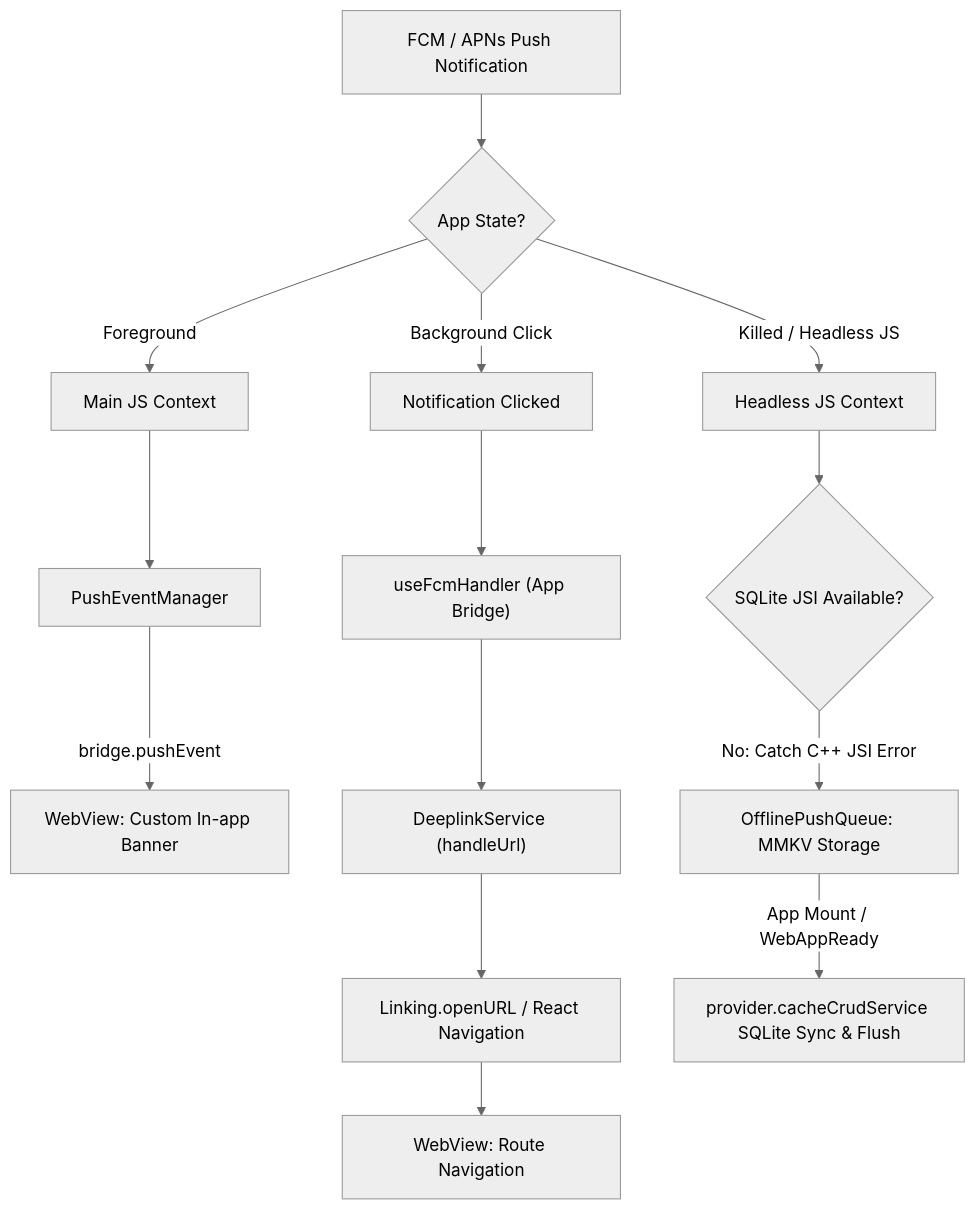
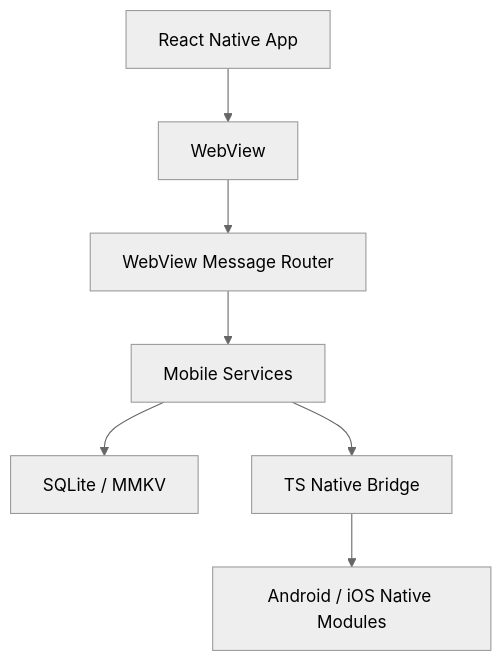
Before and after one commit to lemoncloud-io/dou-app: the diagram in apps/mobile/README.md, drawn with Mermaid (neutral theme). The commit also changed other lines of this file and 14 other files, not shown here.

````diff
--- a/apps/mobile/README.md
+++ b/apps/mobile/README.md
@@ -18,19 +31,9 @@
 ```mermaid
-graph TD
-    A["FCM / APNs Push Notification"] --> B{"App State?"}
-
-    B -->|Foreground| C["Main JS Context"]
-    C --> D["PushEventManager"]
-    D -->|bridge.pushEvent| E["WebView: Custom In-app Banner"]
-
-    B -->|Background Click| F["Notification Clicked"]
-    F --> G["useFcmHandler (App Bridge)"]
-    G --> H["DeeplinkService (handleUrl)"]
-    H --> I["Linking.openURL / React Navigation"]
-    I --> J["WebView: Route Navigation"]
-
-    B -->|Killed / Headless JS| K["Headless JS Context"]
-    K --> L{"SQLite JSI Available?"}
-    L -->|No: Catch C++ JSI Error| M["OfflinePushQueue: MMKV Storage"]
-    M -->|App Mount / WebAppReady| N["provider.cacheCrudService SQLite Sync & Flush"]
+flowchart TD
+    App["React Native App"] --> WebView["WebView"]
+    WebView --> Router["WebView Message Router"]
+    Router --> Service["Mobile Services"]
+    Service --> Cache["SQLite / MMKV"]
+    Service --> Bridge["TS Native Bridge"]
+    Bridge --> Native["Android / iOS Native Modules"]
 ```
````
